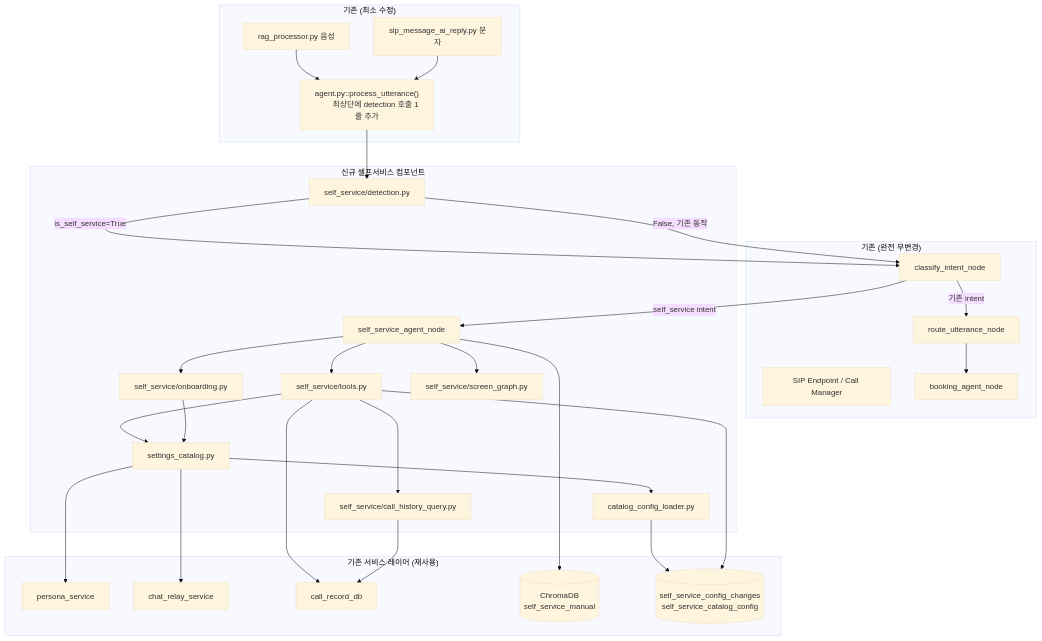
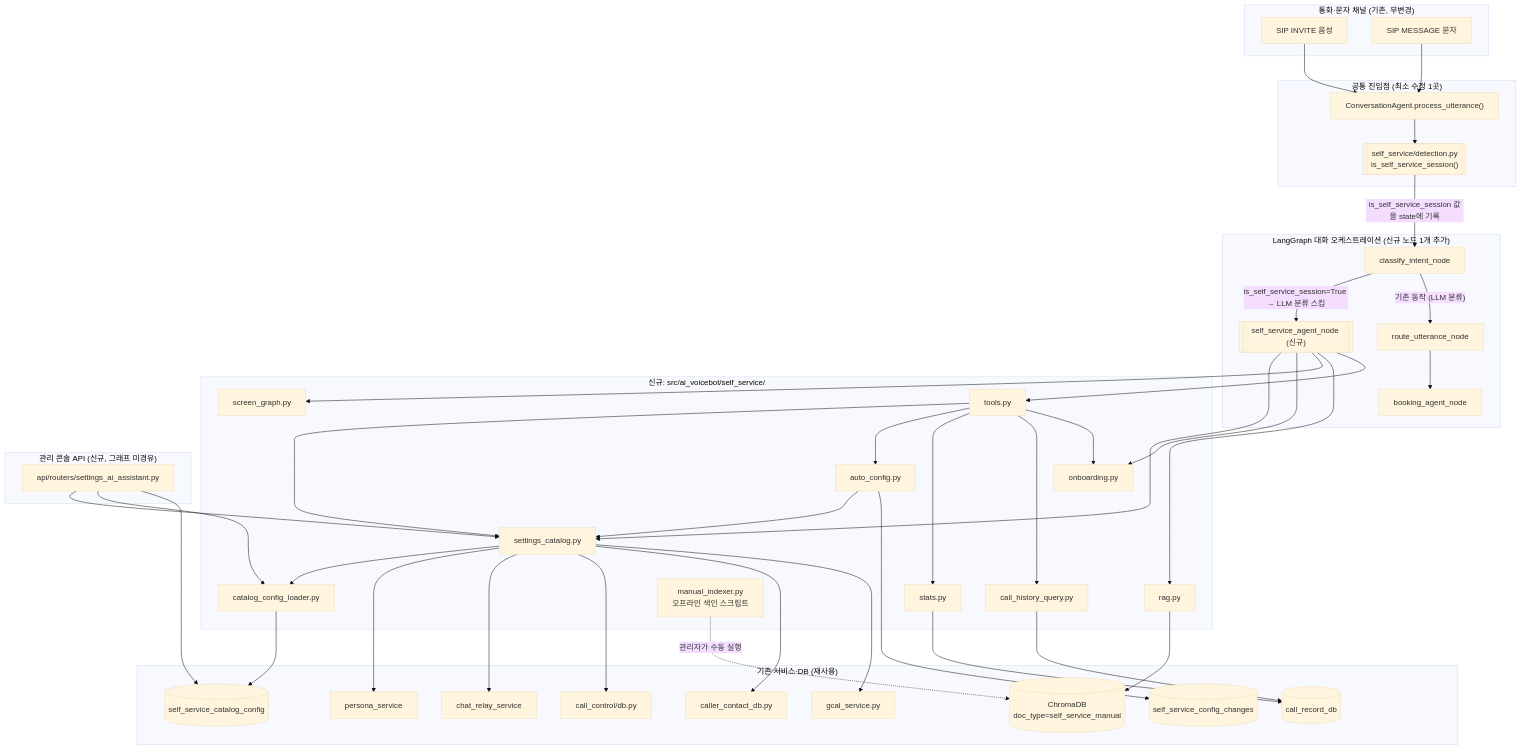
Before and after one commit to hak023/sip_pbx: the first of 5 diagrams in docs/presentation/self-service-ai-assistant-introduction.md, drawn with Mermaid (base theme). The commit also changed other lines of this file and 69 other files, not shown here.

````diff
--- a/docs/presentation/self-service-ai-assistant-introduction.md
+++ b/docs/presentation/self-service-ai-assistant-introduction.md
@@ -14,58 +14,87 @@
 ```mermaid
 graph TD
-    subgraph "기존 (완전 무변경)"
-        SIP[SIP Endpoint / Call Manager]
+    subgraph CH["통화·문자 채널 (기존, 무변경)"]
+        SIPV[SIP INVITE 음성]
+        SIPM[SIP MESSAGE 문자]
+    end
+
+    subgraph ENTRY["공통 진입점 (최소 수정 1곳)"]
+        PU["ConversationAgent.process_utterance()"]
+        DET[["self_service/detection.py<br/>is_self_service_session()"]]
+    end
+
+    subgraph GRAPH["LangGraph 대화 오케스트레이션 (신규 노드 1개 추가)"]
         CI[classify_intent_node]
         RU[route_utterance_node]
         BA[booking_agent_node]
+        SSA[["self_service_agent_node (신규)"]]
     end
 
-    subgraph "기존 (최소 수정)"
-        RAGP[rag_processor.py 음성]
-        SMR[sip_message_ai_reply.py 문자]
-        AGENT["agent.py::process_utterance()
-        최상단에 detection 호출 1줄 추가"]
+    subgraph SS["신규: src/ai_voicebot/self_service/"]
+        CAT[settings_catalog.py]
+        OB[onboarding.py]
+        SG[screen_graph.py]
+        TOOLS[tools.py]
+        AC[auto_config.py]
+        STATS[stats.py]
+        CHQ[call_history_query.py]
+        RAG[rag.py]
+        CCL[catalog_config_loader.py]
+        MI[manual_indexer.py<br/>오프라인 색인 스크립트]
     end
 
-    subgraph "신규 셀프서비스 컴포넌트"
-        DET[self_service/detection.py]
-        SSA[self_service_agent_node]
-        CAT[settings_catalog.py]
-        OB[self_service/onboarding.py]
-        TOOLS[self_service/tools.py]
-        SG[self_service/screen_graph.py]
-        CHQ[self_service/call_history_query.py]
-        CCL[catalog_config_loader.py]
+    subgraph EXIST["기존 서비스·DB (재사용)"]
+        PS[persona_service]
+        CRS[chat_relay_service]
+        CC[call_control/db.py]
+        CONTACTS[caller_contact_db.py]
+        GCAL[gcal_service.py]
+        CRDB[(call_record_db)]
+        CHROMA[(ChromaDB<br/>doc_type=self_service_manual)]
+        CFGDB[(self_service_catalog_config)]
+        CHGDB[(self_service_config_changes)]
     end
 
-    subgraph "기존 서비스 레이어 (재사용)"
-        PS[persona_service]
-        CRS[chat_relay_service]
-        CRDB[call_record_db]
-        CHROMA[(ChromaDB<br>self_service_manual)]
-        DB[(self_service_config_changes<br>self_service_catalog_config)]
+    subgraph API["관리 콘솔 API (신규, 그래프 미경유)"]
+        RESTAPI[api/routers/settings_ai_assistant.py]
     end
 
-    RAGP --> AGENT
-    SMR --> AGENT
-    AGENT --> DET
-    DET -->|is_self_service=True| CI
-    DET -->|False, 기존 동작| CI
-    CI -->|self_service intent| SSA
-    CI -->|기존 intent| RU
+    SIPV --> PU
+    SIPM --> PU
+    PU --> DET
+    DET -->|"is_self_service_session 값을 state에 기록"| CI
+    CI -->|"is_self_service_session=True → LLM 분류 스킵"| SSA
+    CI -->|"기존 동작 (LLM 분류)"| RU
     RU --> BA
-    SSA --> TOOLS
+
+    SSA --> CAT
     SSA --> OB
     SSA --> SG
+    SSA --> RAG
+    SSA --> TOOLS
+
     TOOLS --> CAT
+    TOOLS --> AC
+    TOOLS --> STATS
+    TOOLS --> CHQ
+    TOOLS --> OB
+
+    AC --> CAT
+    AC --> CHGDB
+    STATS --> CRDB
+    CHQ --> CRDB
+    RAG --> CHROMA
+    MI -.->|"관리자가 수동 실행"| CHROMA
+
     CAT --> CCL
-    CCL --> DB
-    OB --> CAT
     CAT --> PS
     CAT --> CRS
-    TOOLS --> CRDB
-    TOOLS --> CHQ
-    CHQ --> CRDB
-    SSA --> CHROMA
-    TOOLS --> DB
+    CAT --> CC
+    CAT --> CONTACTS
+    CAT --> GCAL
+    CCL --> CFGDB
+
+    RESTAPI --> CAT
+    RESTAPI --> CCL
+    RESTAPI --> CFGDB
 ```
````
